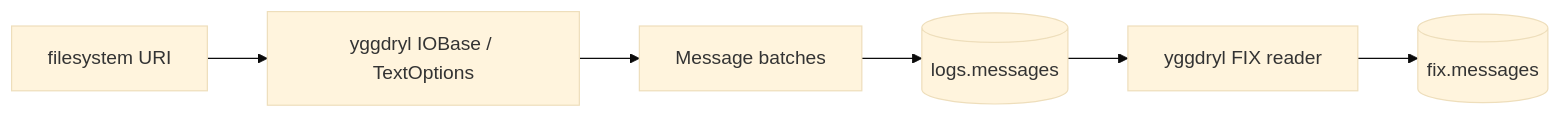
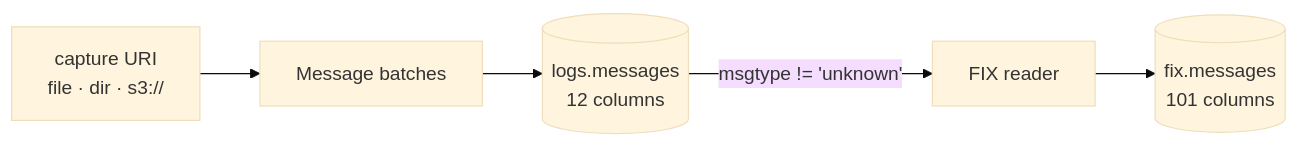
Before and after one commit to Platob/yggfin: the diagram in docs/index.md, drawn with Mermaid (base theme). The commit also changed other lines of this file and 27 other files, not shown here.

First line of the commit message:
Document rekep as one project, in diagrams and schemas

````diff
--- a/docs/index.md
+++ b/docs/index.md
@@ -31,8 +36,7 @@
 ```mermaid
 flowchart LR
-    S[filesystem URI] --> Y[yggdryl IOBase / TextOptions]
-    Y --> M[Message batches]
-    M --> I[(logs.messages)]
-    I --> F[yggdryl FIX reader]
-    F --> O[(fix.messages)]
+    S["capture URI<br/>file · dir · s3://"] --> M[Message batches]
+    M --> I[("logs.messages<br/>12 columns")]
+    I -- "msgtype != 'unknown'" --> F[FIX reader]
+    F --> O[("fix.messages<br/>101 columns")]
 ```
````
